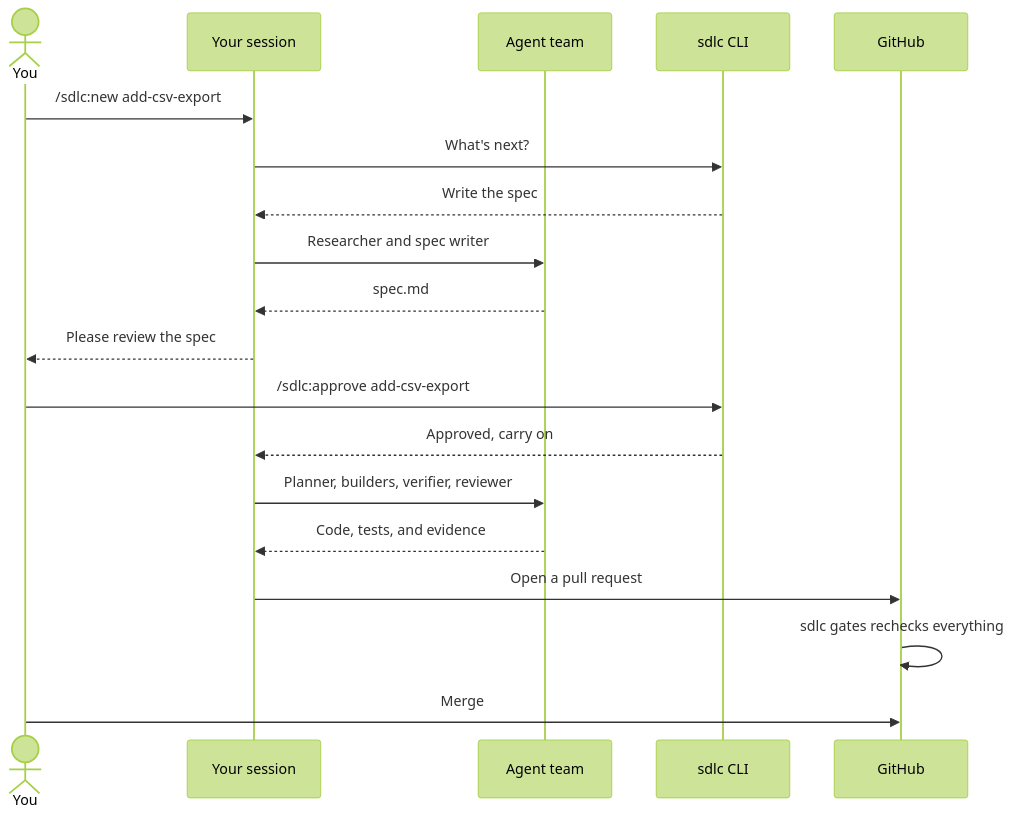
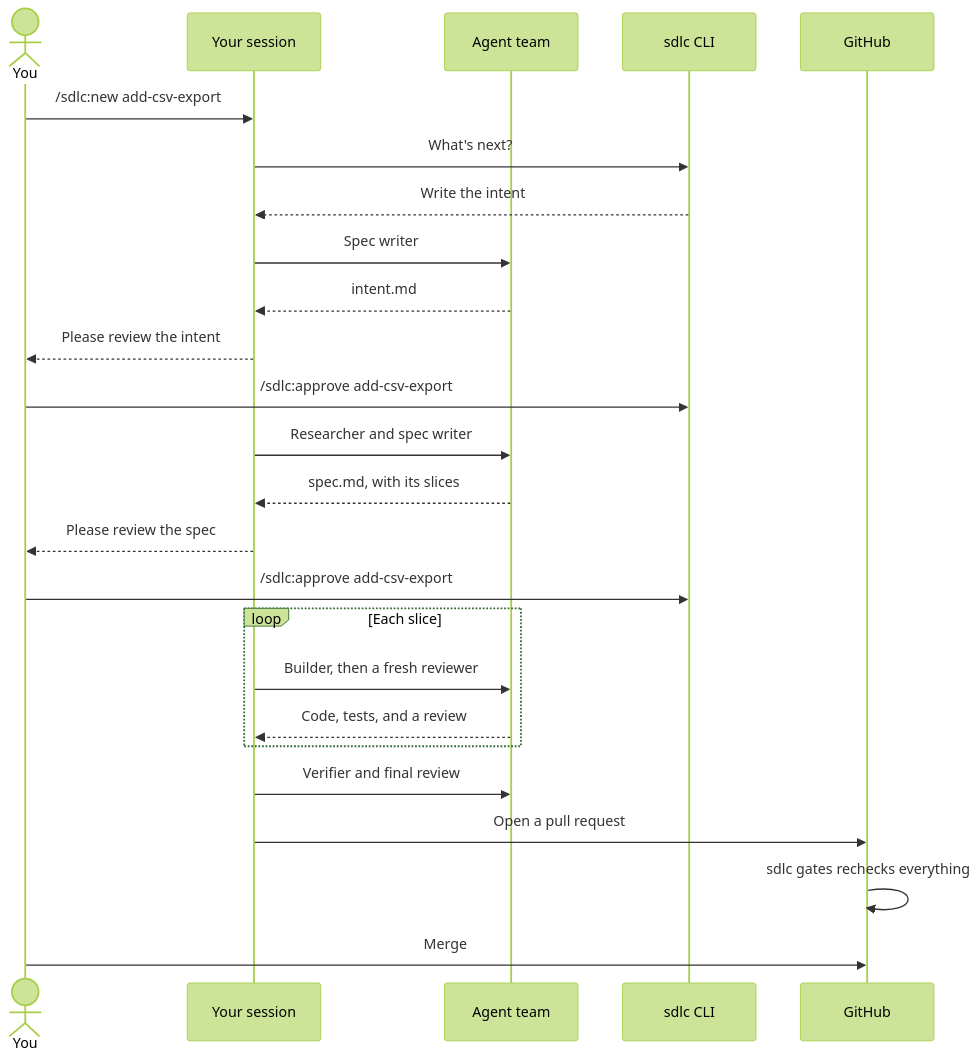
Before and after one commit to shortlst-ai/ai-sdlc: the second of 3 diagrams in README.md, drawn with Mermaid (forest theme). The commit also changed other lines of this file and 32 other files, not shown here.

````diff
--- a/README.md
+++ b/README.md
@@ -53,22 +54,28 @@
 ```mermaid
 sequenceDiagram
     actor You
     participant Lead as Your session
     participant Team as Agent team
     participant CLI as sdlc CLI
     participant CI as GitHub
 
     You->>Lead: /sdlc:new add-csv-export
     Lead->>CLI: What's next?
-    CLI-->>Lead: Write the spec
+    CLI-->>Lead: Write the intent
+    Lead->>Team: Spec writer
+    Team-->>Lead: intent.md
+    Lead-->>You: Please review the intent
+    You->>CLI: /sdlc:approve add-csv-export
     Lead->>Team: Researcher and spec writer
-    Team-->>Lead: spec.md
+    Team-->>Lead: spec.md, with its slices
     Lead-->>You: Please review the spec
     You->>CLI: /sdlc:approve add-csv-export
-    CLI-->>Lead: Approved, carry on
-    Lead->>Team: Planner, builders, verifier, reviewer
-    Team-->>Lead: Code, tests, and evidence
+    loop Each slice
+        Lead->>Team: Builder, then a fresh reviewer
+        Team-->>Lead: Code, tests, and a review
+    end
+    Lead->>Team: Verifier and final review
     Lead->>CI: Open a pull request
     CI->>CI: sdlc gates rechecks everything
     You->>CI: Merge
 ```
````
